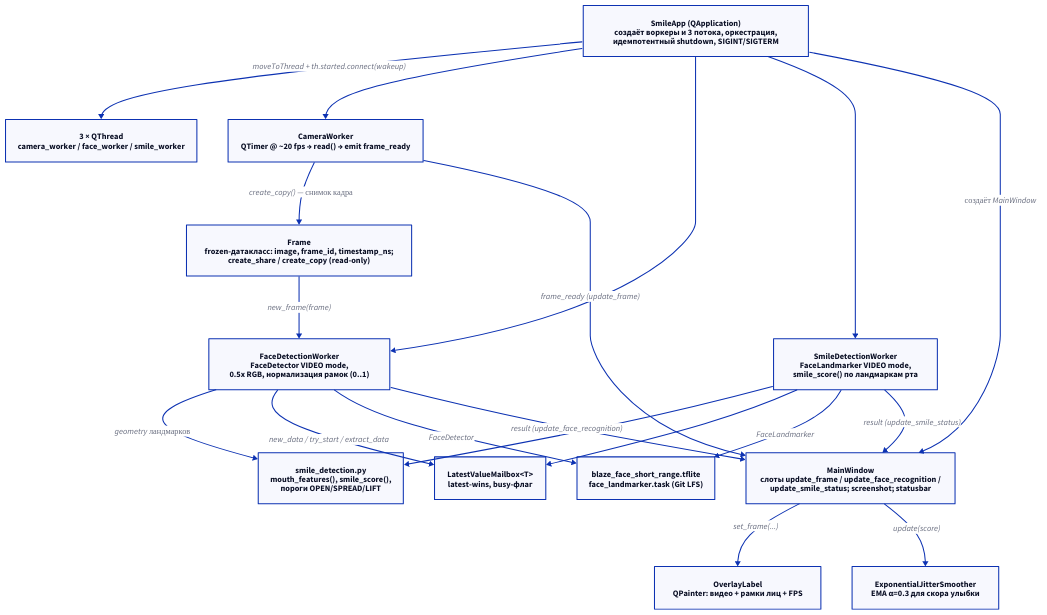
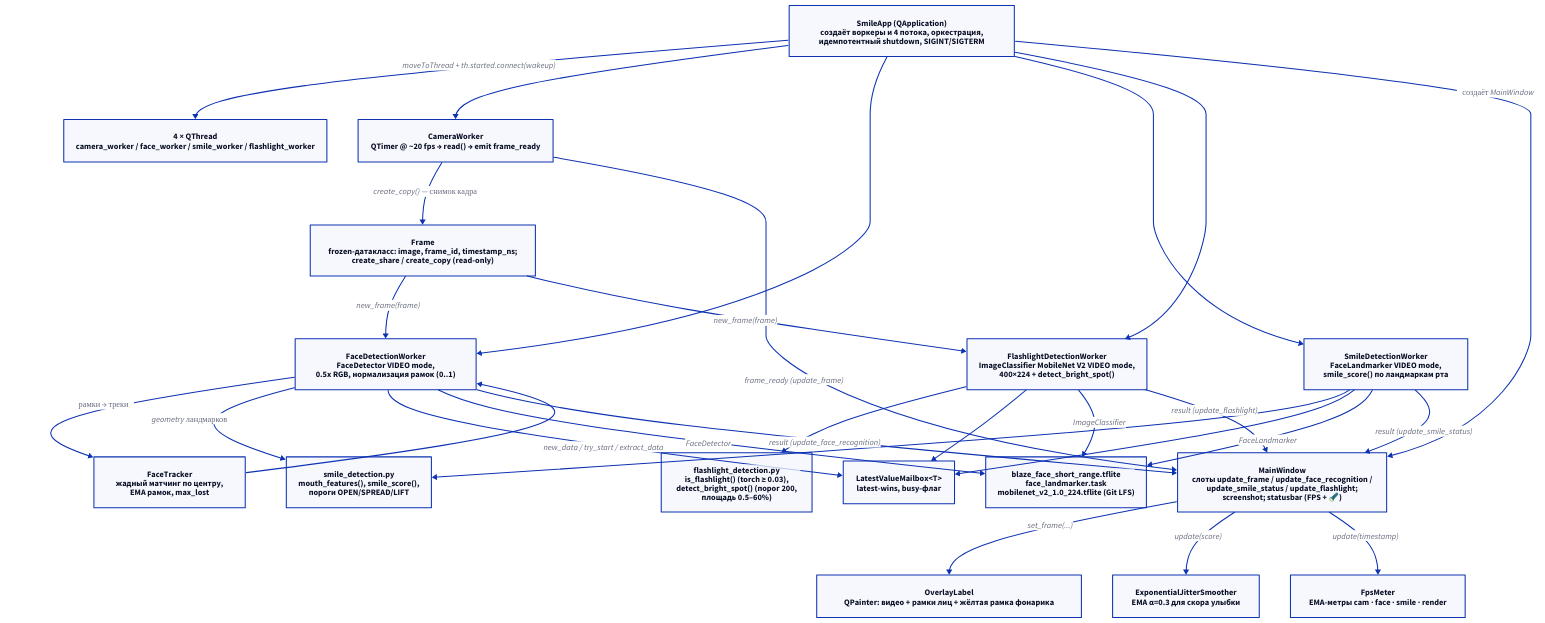
One commit to dmi3s/smile changed the diagram in docs/class_map.d2. Above: the diagram before and after it, drawn with D2. The commit also changed 11 other files, not shown here.

Commit message:
DOC: docs/ARCHITECTURE.md + Typst/D2 — four threads, tracking, flashlight

```diff
--- a/docs/class_map.d2
+++ b/docs/class_map.d2
@@ -1,33 +1,46 @@
 #direction: down
 
-app: "SmileApp (QApplication)\nсоздаёт воркеры и 3 потока, оркестрация,\nидемпотентный shutdown, SIGINT/SIGTERM"
-threads: "3 × QThread\ncamera_worker / face_worker / smile_worker"
+app: "SmileApp (QApplication)\nсоздаёт воркеры и 4 потока, оркестрация,\nидемпотентный shutdown, SIGINT/SIGTERM"
+threads: "4 × QThread\ncamera_worker / face_worker / smile_worker / flashlight_worker"
 camera: "CameraWorker\nQTimer @ ~20 fps → read() → emit frame_ready"
 frame: "Frame\nfrozen-датакласс: image, frame_id, timestamp_ns;\ncreate_share / create_copy (read-only)"
 face: "FaceDetectionWorker\nFaceDetector VIDEO mode,\n0.5x RGB, нормализация рамок (0..1)"
+tracker: "FaceTracker\nжадный матчинг по центру,\nEMA рамок, max_lost"
 smile: "SmileDetectionWorker\nFaceLandmarker VIDEO mode,\nsmile_score() по ландмаркам рта"
 alg: "smile_detection.py\nmouth_features(), smile_score(),\nпороги OPEN/SPREAD/LIFT"
+flashlight: "FlashlightDetectionWorker\nImageClassifier MobileNet V2 VIDEO mode,\n400×224 + detect_bright_spot()"
+falg: "flashlight_detection.py\nis_flashlight() (torch ≥ 0.03),\ndetect_bright_spot() (порог 200,\nплощадь 0.5–60%)"
 mailbox: "LatestValueMailbox<T>\nlatest-wins, busy-флаг"
-window: "MainWindow\nслоты update_frame / update_face_recognition /\nupdate_smile_status; screenshot; statusbar"
-overlay: "OverlayLabel\nQPainter: видео + рамки лиц + FPS"
+window: "MainWindow\nслоты update_frame / update_face_recognition /\nupdate_smile_status / update_flashlight;\nscreenshot; statusbar (FPS + 🔦)"
+overlay: "OverlayLabel\nQPainter: видео + рамки лиц + жёлтая рамка фонарика"
 smooth: "ExponentialJitterSmoother\nEMA α=0.3 для скора улыбки"
-models: "blaze_face_short_range.tflite\nface_landmarker.task (Git LFS)"
+fps: "FpsMeter\nEMA-метры cam · face · smile · render"
+models: "blaze_face_short_range.tflite\nface_landmarker.task\nmobilenet_v2_1.0_224.tflite (Git LFS)"
 
 app -> threads: "moveToThread + th.started.connect(wakeup)"
 app -> camera
 app -> face
 app -> smile
+app -> flashlight
 app -> window: "создаёт MainWindow"
 camera -> frame: "create_copy() — снимок кадра"
 frame -> face: "new_frame(frame)"
+frame -> flashlight: "new_frame(frame)"
+face -> tracker: "рамки → треки"
+tracker -> face
 face -> alg: "geometry ландмарков"
 smile -> alg
+flashlight -> falg
 face -> mailbox: "new_data / try_start / extract_data"
 smile -> mailbox
+flashlight -> mailbox
 face -> models: "FaceDetector"
 smile -> models: "FaceLandmarker"
+flashlight -> models: "ImageClassifier"
 camera -> window: "frame_ready (update_frame)"
 face -> window: "result (update_face_recognition)"
 smile -> window: "result (update_smile_status)"
+flashlight -> window: "result (update_flashlight)"
 window -> overlay: "set_frame(...)"
 window -> smooth: "update(score)"
+window -> fps: "update(timestamp)"
```
